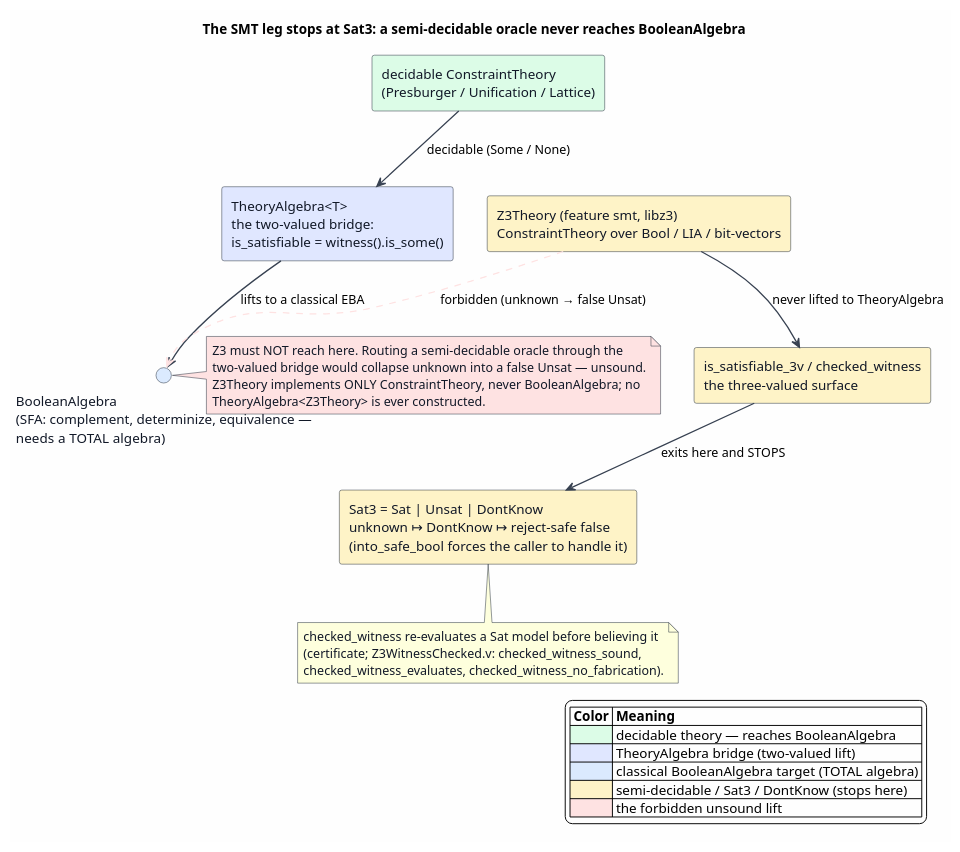
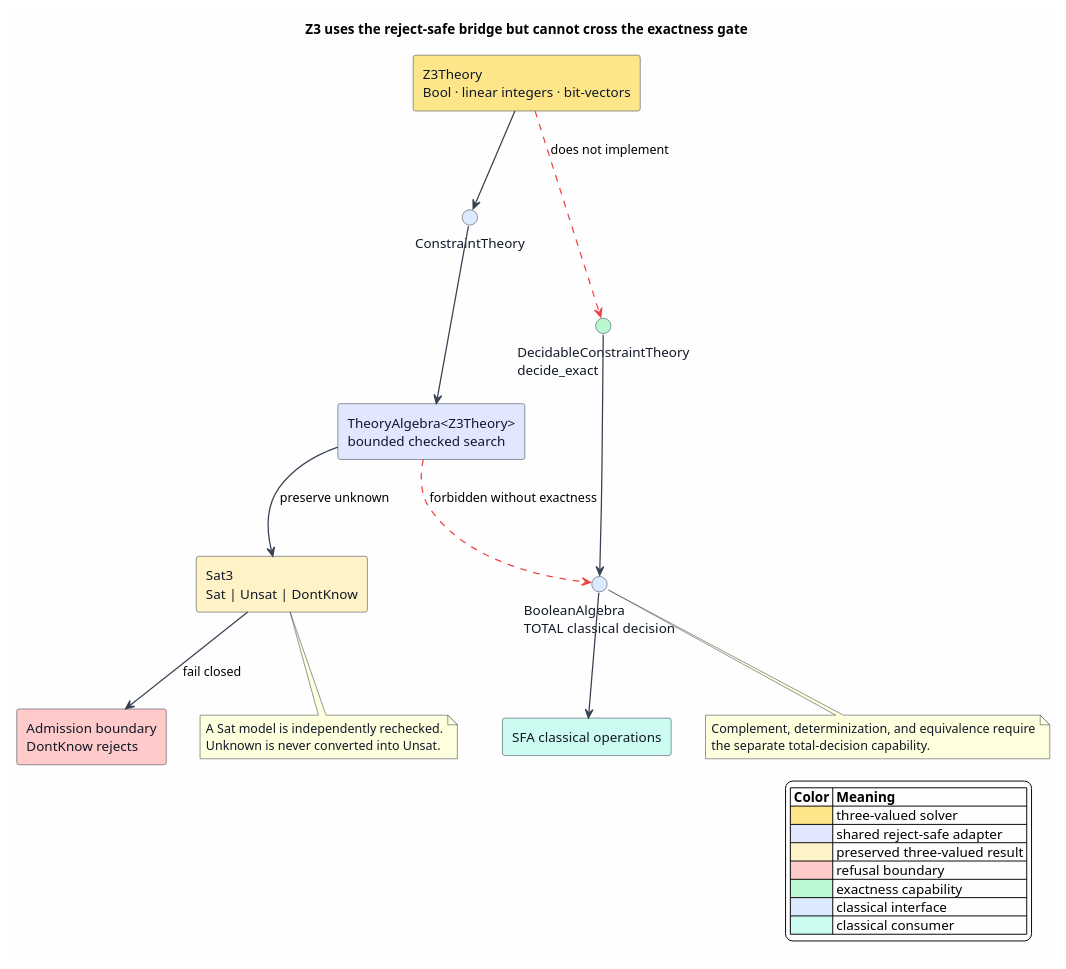
One commit to F1R3FLY-io/mettail-rust changed the diagram in docs/architecture/semantic-predicates/figures/13-smt-sat3-leg.puml. Above: the diagram before and after it, drawn with PlantUML. The commit also changed 43 other files, not shown here.

Commit message:
fix(prattail): gate classical constraint reasoning

```diff
--- a/docs/architecture/semantic-predicates/figures/13-smt-sat3-leg.puml
+++ b/docs/architecture/semantic-predicates/figures/13-smt-sat3-leg.puml
@@ -1,72 +1,66 @@
 @startuml
-title The SMT leg stops at Sat3: a semi-decidable oracle never reaches BooleanAlgebra
+title Z3 uses the reject-safe bridge but cannot cross the exactness gate
 
 skinparam backgroundColor #FEFEFE
+skinparam componentStyle rectangle
 skinparam shadowing false
 skinparam ArrowColor #374151
 skinparam ArrowThickness 1.3
-skinparam componentStyle rectangle
 skinparam component {
   BorderColor #1F2937
   FontColor #111827
 }
 skinparam interface {
   BorderColor #1F2937
   FontColor #111827
 }
 skinparam rectangle {
   BorderColor #1F2937
   FontColor #111827
 }
 skinparam note {
   BorderColor #1F2937
   FontColor #111827
 }
 
-' ── Top lane: the DECIDABLE theories reach BooleanAlgebra (green → indigo → blue) ──
-component "decidable ConstraintTheory\n(Presburger / Unification / Lattice)" as DEC #DCFCE7
-component "TheoryAlgebra<T>\nthe two-valued bridge:\nis_satisfiable = witness().is_some()" as BR #E0E7FF
-interface "BooleanAlgebra\n(SFA: complement, determinize, equivalence —\nneeds a TOTAL algebra)" as BA #DBEAFE
+component "Z3Theory\nBool · linear integers · bit-vectors" as Z3 #FDE68A
+interface "ConstraintTheory" as CT #DBEAFE
+component "TheoryAlgebra<Z3Theory>\nbounded checked search" as BR #E0E7FF
+rectangle "Sat3\nSat | Unsat | DontKnow" as SAT3 #FEF3C7
+rectangle "Admission boundary\nDontKnow rejects" as Admission #FECACA
 
-DEC --> BR : decidable (Some / None)
-BR --> BA : lifts to a classical EBA
+interface "DecidableConstraintTheory\ndecide_exact" as DCT #BBF7D0
+interface "BooleanAlgebra\nTOTAL classical decision" as BA #DBEAFE
+component "SFA classical operations" as SFA #CCFBF1
 
-' ── Bottom lane: the Z3/SMT leg forks off, exits at Sat3, and STOPS (amber) ──
-component "Z3Theory (feature smt, libz3)\nConstraintTheory over Bool / LIA / bit-vectors" as Z3 #FEF3C7
-component "is_satisfiable_3v / checked_witness\nthe three-valued surface" as S3 #FEF3C7
-rectangle "Sat3 = Sat | Unsat | DontKnow\nunknown ↦ DontKnow ↦ reject-safe false\n(into_safe_bool forces the caller to handle it)" as SAT3 #FEF3C7
+Z3 --> CT
+CT --> BR
+BR --> SAT3 : preserve unknown
+SAT3 --> Admission : fail closed
 
-Z3 --> S3 : never lifted to TheoryAlgebra
-S3 --> SAT3 : exits here and STOPS
+DCT --> BA
+BA --> SFA
+Z3 ..> DCT #EF4444 : does not implement
+BR ..> BA #EF4444 : forbidden without exactness
 
-' ── The FORBIDDEN unsound lift: Z3 must NOT reach BooleanAlgebra (red) ──
-Z3 ..> BA #FEE2E2 : forbidden (unknown → false Unsat)
-
-' ── Notes ──
 note bottom of SAT3
-  checked_witness re-evaluates a Sat model before believing it
-  (certificate; Z3WitnessChecked.v: checked_witness_sound,
-  checked_witness_evaluates, checked_witness_no_fabrication).
+  A Sat model is independently rechecked.
+  Unknown is never converted into Unsat.
 end note
 
-note right of BA #FEE2E2
-  Z3 must NOT reach here. Routing a semi-decidable oracle through the
-  two-valued bridge would collapse unknown into a false Unsat — unsound.
-  Z3Theory implements ONLY ConstraintTheory, never BooleanAlgebra; no
-  TheoryAlgebra<Z3Theory> is ever constructed.
+note bottom of BA
+  Complement, determinization, and equivalence require
+  the separate total-decision capability.
 end note
-
-' ── Keep the two lanes vertically separated ──
-DEC -[hidden]down- Z3
-BR  -[hidden]down- S3
-BA  -[hidden]down- SAT3
 
 legend right
 |= Color |= Meaning |
-|<#DCFCE7> | decidable theory — reaches BooleanAlgebra |
-|<#E0E7FF> | TheoryAlgebra bridge (two-valued lift) |
-|<#DBEAFE> | classical BooleanAlgebra target (TOTAL algebra) |
-|<#FEF3C7> | semi-decidable / Sat3 / DontKnow (stops here) |
-|<#FEE2E2> | the forbidden unsound lift |
+|<#FDE68A> | three-valued solver |
+|<#E0E7FF> | shared reject-safe adapter |
+|<#FEF3C7> | preserved three-valued result |
+|<#FECACA> | refusal boundary |
+|<#BBF7D0> | exactness capability |
+|<#DBEAFE> | classical interface |
+|<#CCFBF1> | classical consumer |
 endlegend
 @enduml
```
